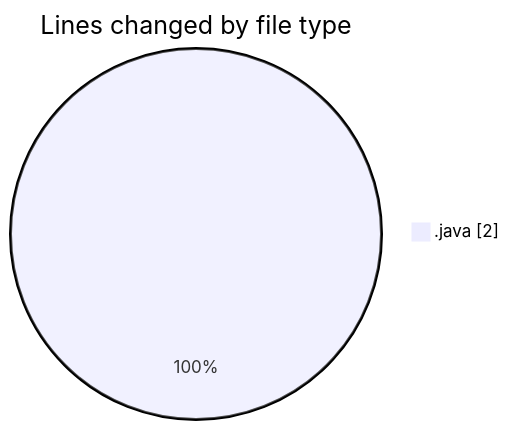
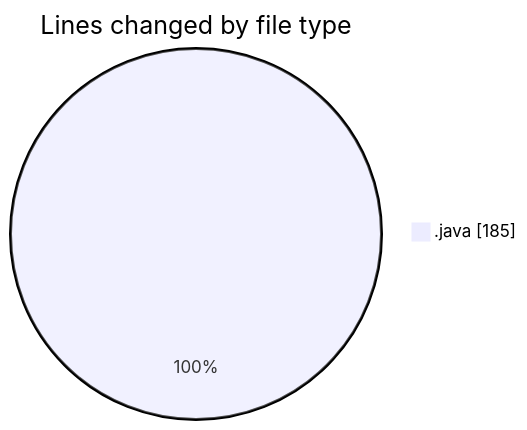
One commit to ricardozamudiocil/code-tracking changed the first of 2 diagrams in 2026-10-19/cilapp/README.md. Above: the diagram before and after it, drawn with Mermaid. The commit also changed other lines of this file and 1 other file, not shown here.

````diff
--- a/2026-10-19/cilapp/README.md
+++ b/2026-10-19/cilapp/README.md
@@ -20,5 +22,5 @@
 ```mermaid
 pie showData
 title Lines changed by file type
-".java" : 2
+".java" : 185
 ```
````
